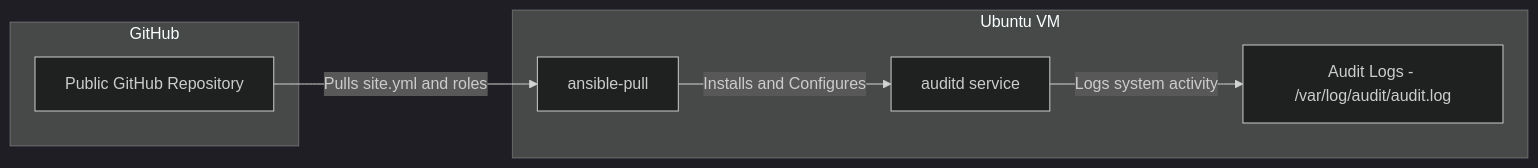
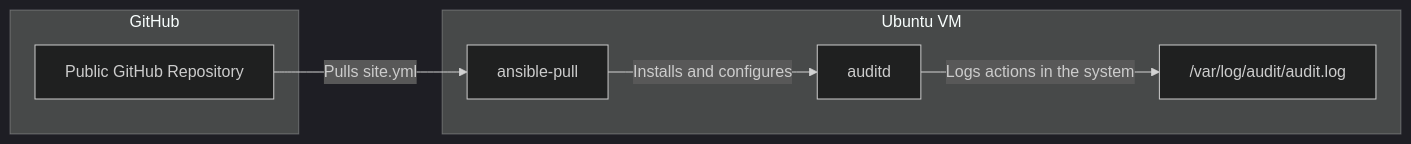
The diagram in README.md (joseywatznauer/ansible-auditd-playbook), drawn with Mermaid (dark theme) before and after one commit. The commit also changed other lines of this file, not shown here.

````diff
--- a/README.md
+++ b/README.md
@@ -104,14 +104,15 @@
 ```mermaid
 flowchart LR
     subgraph GitHub
         Repo[Public GitHub Repository]
     end
 
     subgraph VM[Ubuntu VM]
         A[ansible-pull]
-        B[auditd service]
-        C[Audit Logs - /var/log/audit/audit.log]
+        B[auditd]
+        C[ /var/log/audit/audit.log]
     end
 
-    Repo -->|Pulls site.yml and roles| A -->|Installs and Configures| B -->|Logs system activity| C
+    Repo -->|Pulls site.yml| A -->|Installs and configures| B -->|Logs actions in the system| C
+
 ```
````
